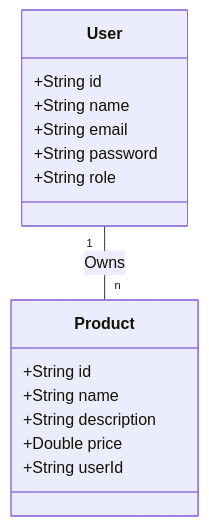
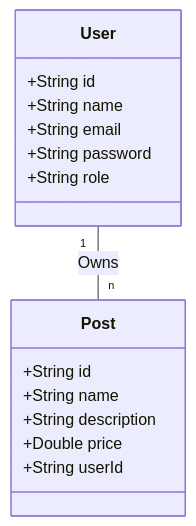
Before and after one commit to hmaach/01Blog: the diagram in README.md, drawn with Mermaid. The commit also changed other lines of this file and 25 other files, not shown here.

Commit message:
convert Product to Post

````diff
--- a/README.md
+++ b/README.md
@@ -58,14 +58,14 @@
 ```mermaid
 classDiagram
-User "1" -- "n" Product : Owns
+User "1" -- "n" Post : Owns
 User : +String id
 User : +String name
 User : +String email
 User : +String password
 User : +String role
-Product : +String id
-Product : +String name
-Product : +String description
-Product : +Double price
-Product : +String userId
+Post : +String id
+Post : +String name
+Post : +String description
+Post : +Double price
+Post : +String userId
 ```
````
